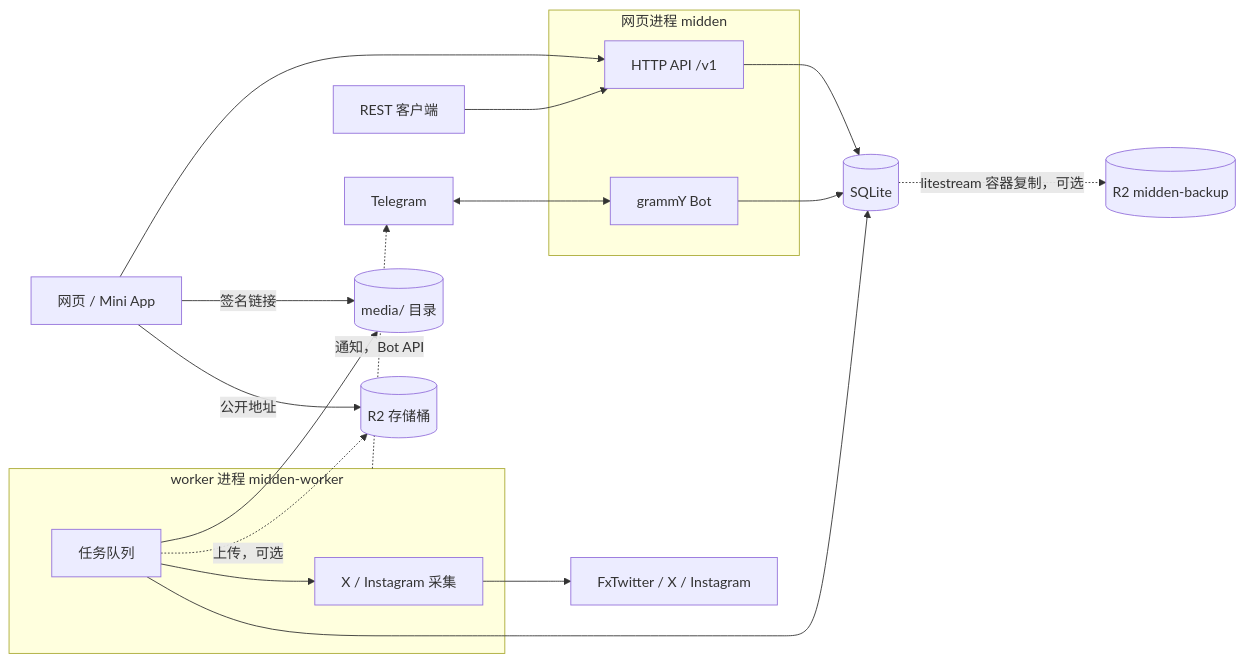
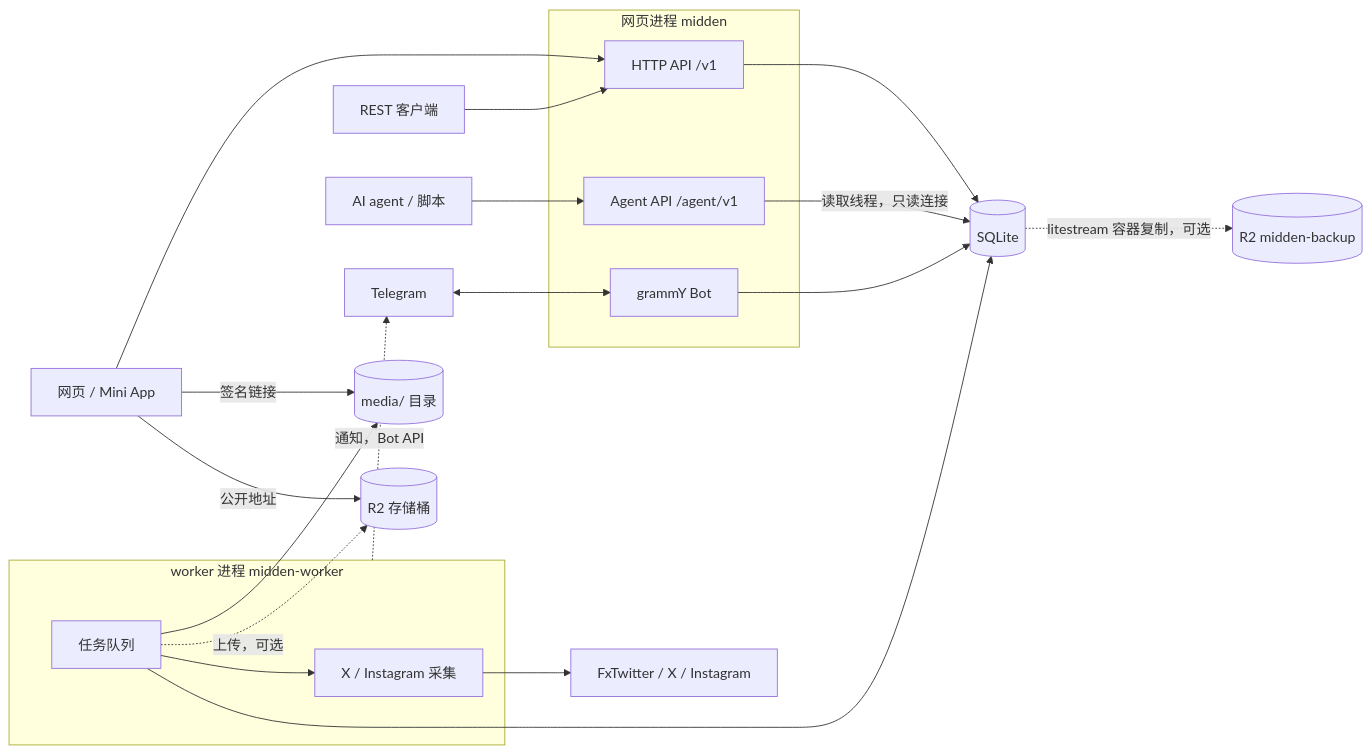
One commit to sxzz/midden changed the diagram in docs/architecture.md. Above: the diagram before and after it, drawn with Mermaid. The commit also changed other lines of this file and 1 other file, not shown here.

First line of the commit message:
docs: describe API tokens, the owner-only deletions and the agent API

````diff
--- a/docs/architecture.md
+++ b/docs/architecture.md
@@ -5,25 +5,28 @@
 ```mermaid
 flowchart LR
     TG[Telegram] <--> Bot
     Web[网页 / Mini App] --> API
     Script[REST 客户端] --> API
+    Agent[AI agent / 脚本] --> AgentAPI
     subgraph WebProcess[网页进程 midden]
         API[HTTP API /v1]
+        AgentAPI[Agent API /agent/v1]
         Bot[grammY Bot]
     end
     subgraph Worker[worker 进程 midden-worker]
         Queue[任务队列]
         Platforms[X / Instagram 采集]
     end
     API --> DB[(SQLite)]
+    AgentAPI -->|读取线程，只读连接| DB
     Bot --> DB
     Queue --> DB
     Worker -.->|通知，Bot API| TG
     Queue --> Platforms
     Platforms --> Upstream[FxTwitter / X / Instagram]
     Queue --> Media[(media/ 目录)]
     Queue -.->|上传，可选| R2[(R2 存储桶)]
     Web -->|签名链接| Media
     Web -->|公开地址| R2
     DB -.->|litestream 容器复制，可选| Backup[(R2 midden-backup)]
 ```
````
